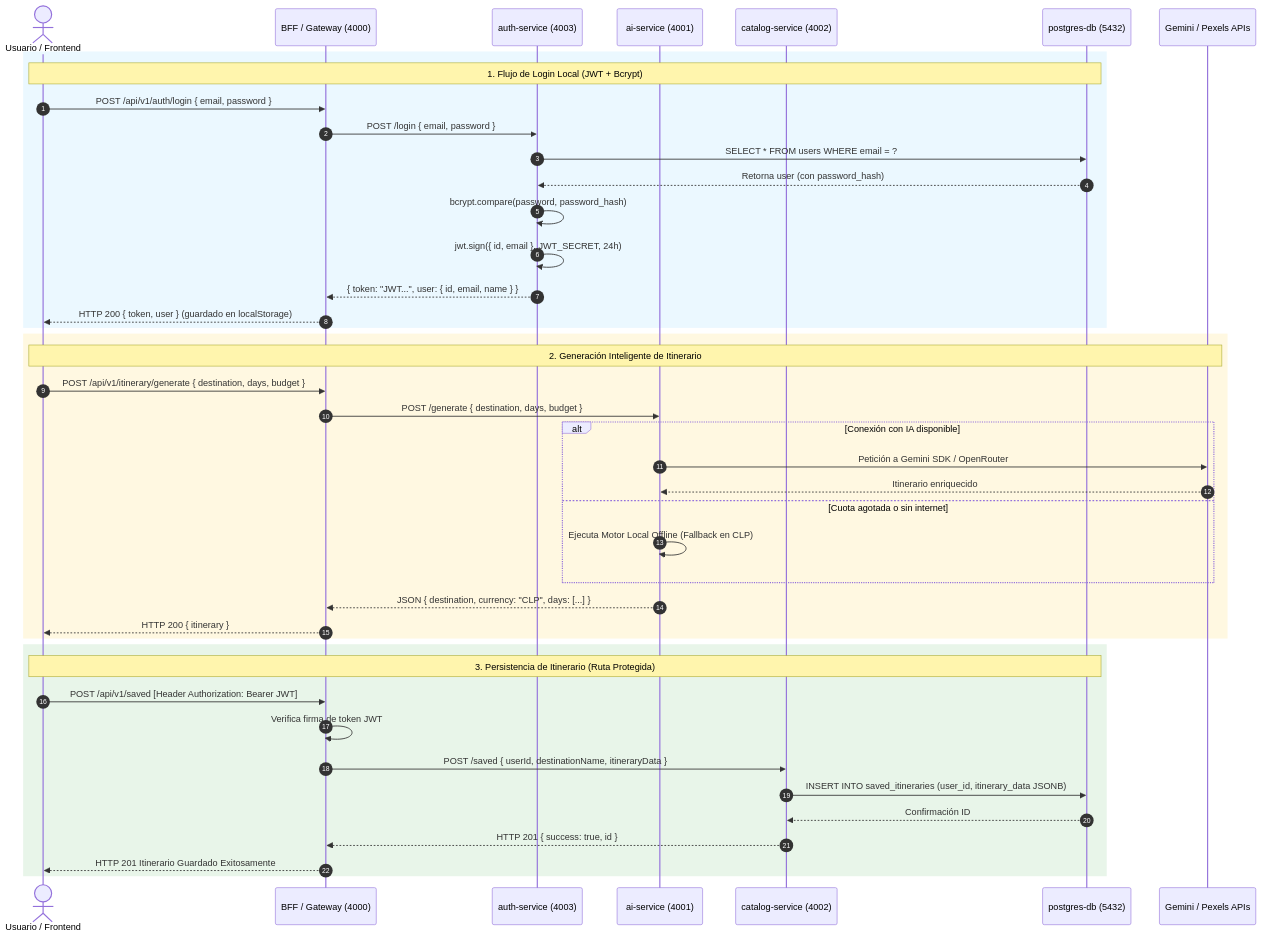
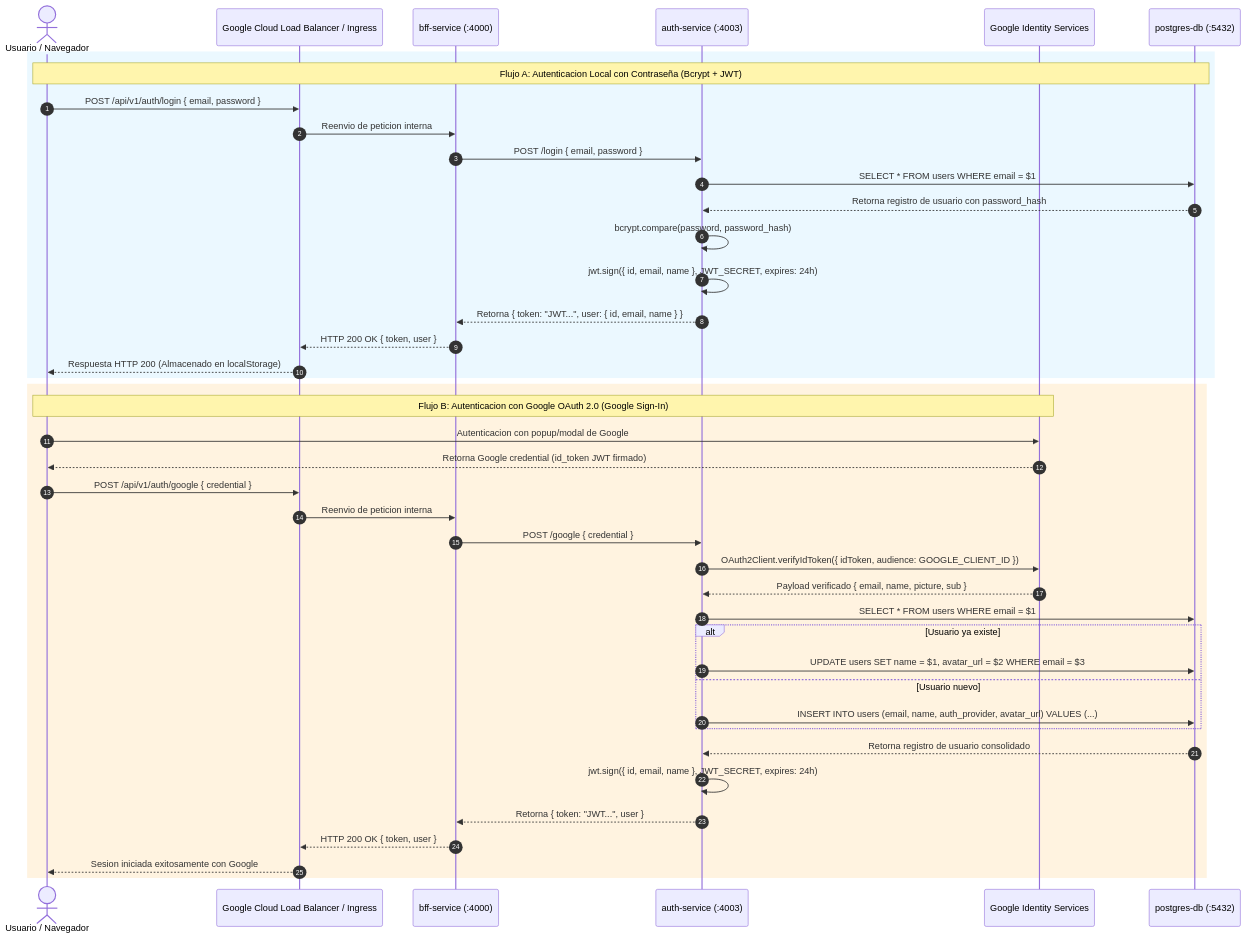
Before and after one commit to VanessaLagunas/Flyway: the third of 5 diagrams in docs/diagrama_de_arquitectura_mermaid_flyway.md, drawn with Mermaid. The commit also changed other lines of this file and 2 other files, not shown here.

Commit message:
Actualizacion de diagramas en docs

````diff
--- a/docs/diagrama_de_arquitectura_mermaid_flyway.md
+++ b/docs/diagrama_de_arquitectura_mermaid_flyway.md
@@ -91,51 +270,48 @@
 ```mermaid
 sequenceDiagram
     autonumber
-    actor User as Usuario / Frontend
-    participant BFF as BFF / Gateway (4000)
-    participant Auth as auth-service (4003)
-    participant AI as ai-service (4001)
-    participant Catalog as catalog-service (4002)
-    participant DB as postgres-db (5432)
-    participant Cloud as Gemini / Pexels APIs
+    actor User as Usuario / Navegador
+    participant GCLB as Google Cloud Load Balancer / Ingress
+    participant BFF as bff-service (:4000)
+    participant Auth as auth-service (:4003)
+    participant Google as Google Identity Services
+    participant DB as postgres-db (:5432)
 
-    %% 1. Autenticación Local
+    %% CASO A: Login Local
     rect rgb(235, 248, 255)
-        Note over User, DB: 1. Flujo de Login Local (JWT + Bcrypt)
-        User->>BFF: POST /api/v1/auth/login { email, password }
+        Note over User, DB: Flujo A: Autenticacion Local con Contraseña (Bcrypt + JWT)
+        User->>GCLB: POST /api/v1/auth/login { email, password }
+        GCLB->>BFF: Reenvio de peticion interna
         BFF->>Auth: POST /login { email, password }
-        Auth->>DB: SELECT * FROM users WHERE email = ?
-        DB-->>Auth: Retorna user (con password_hash)
+        Auth->>DB: SELECT * FROM users WHERE email = $1
+        DB-->>Auth: Retorna registro de usuario con password_hash
         Auth->>Auth: bcrypt.compare(password, password_hash)
-        Auth->>Auth: jwt.sign({ id, email }, JWT_SECRET, 24h)
-        Auth-->>BFF: { token: "JWT...", user: { id, email, name } }
-        BFF-->>User: HTTP 200 { token, user } (guardado en localStorage)
+        Auth->>Auth: jwt.sign({ id, email, name }, JWT_SECRET, expires: 24h)
+        Auth-->>BFF: Retorna { token: "JWT...", user: { id, email, name } }
+        BFF-->>GCLB: HTTP 200 OK { token, user }
+        GCLB-->>User: Respuesta HTTP 200 (Almacenado en localStorage)
     end
 
-    %% 2. Generación de Itinerario con Fallback
-    rect rgb(255, 248, 225)
-        Note over User, Cloud: 2. Generación Inteligente de Itinerario
-        User->>BFF: POST /api/v1/itinerary/generate { destination, days, budget }
-        BFF->>AI: POST /generate { destination, days, budget }
-        alt Conexión con IA disponible
-            AI->>Cloud: Petición a Gemini SDK / OpenRouter
-            Cloud-->>AI: Itinerario enriquecido
-        else Cuota agotada o sin internet
-            AI->>AI: Ejecuta Motor Local Offline (Fallback en CLP)
+    %% CASO B: Google Sign-In
+    rect rgb(255, 243, 224)
+        Note over User, Google: Flujo B: Autenticacion con Google OAuth 2.0 (Google Sign-In)
+        User->>Google: Autenticacion con popup/modal de Google
+        Google-->>User: Retorna Google credential (id_token JWT firmado)
+        User->>GCLB: POST /api/v1/auth/google { credential }
+        GCLB->>BFF: Reenvio de peticion interna
+        BFF->>Auth: POST /google { credential }
+        Auth->>Google: OAuth2Client.verifyIdToken({ idToken, audience: GOOGLE_CLIENT_ID })
+        Google-->>Auth: Payload verificado { email, name, picture, sub }
+        Auth->>DB: SELECT * FROM users WHERE email = $1
+        alt Usuario ya existe
+            Auth->>DB: UPDATE users SET name = $1, avatar_url = $2 WHERE email = $3
+        else Usuario nuevo
+            Auth->>DB: INSERT INTO users (email, name, auth_provider, avatar_url) VALUES (...)
         end
-        AI-->>BFF: JSON { destination, currency: "CLP", days: [...] }
-        BFF-->>User: HTTP 200 { itinerary }
-    end
-
-    %% 3. Guardar Itinerario Protegido
-    rect rgb(232, 245, 233)
-        Note over User, DB: 3. Persistencia de Itinerario (Ruta Protegida)
-        User->>BFF: POST /api/v1/saved [Header Authorization: Bearer JWT]
-        BFF->>BFF: Verifica firma de token JWT
-        BFF->>Catalog: POST /saved { userId, destinationName, itineraryData }
-        Catalog->>DB: INSERT INTO saved_itineraries (user_id, itinerary_data JSONB)
-        DB-->>Catalog: Confirmación ID
-        Catalog-->>BFF: HTTP 201 { success: true, id }
-        BFF-->>User: HTTP 201 Itinerario Guardado Exitosamente
+        DB-->>Auth: Retorna registro de usuario consolidado
+        Auth->>Auth: jwt.sign({ id, email, name }, JWT_SECRET, expires: 24h)
+        Auth-->>BFF: Retorna { token: "JWT...", user }
+        BFF-->>GCLB: HTTP 200 OK { token, user }
+        GCLB-->>User: Sesion iniciada exitosamente con Google
     end
 ```
````
